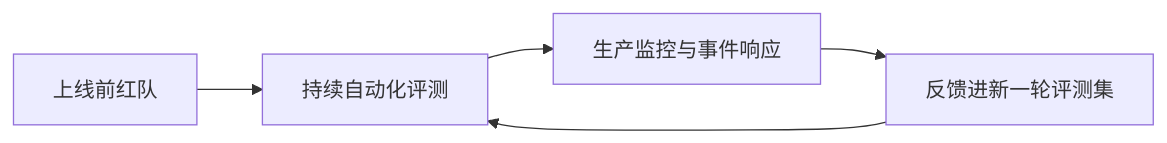
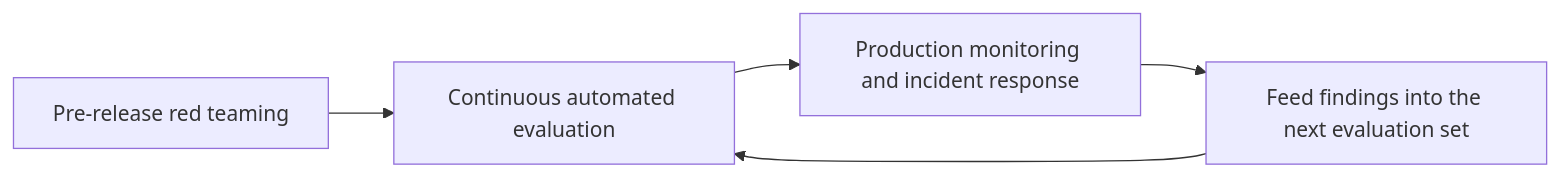
One commit to oneleaveknowsthefall/awesome-ai-roadmap changed the first of 2 diagrams in docs/safety/05-assurance-governance/09-security-evaluation-red-teaming-continuous-assurance.md. Above: the diagram before and after it, drawn with Mermaid. The commit also changed other lines of this file and 82 other files, not shown here.

````diff
--- a/docs/safety/05-assurance-governance/09-security-evaluation-red-teaming-continuous-assurance.md
+++ b/docs/safety/05-assurance-governance/09-security-evaluation-red-teaming-continuous-assurance.md
@@ -11,7 +11,7 @@
 ```mermaid
 flowchart LR
-    A[上线前红队] --> B[持续自动化评测]
-    B --> C[生产监控与事件响应]
-    C --> D[反馈进新一轮评测集]
+    A[Pre-release red teaming] --> B[Continuous automated evaluation]
+    B --> C[Production monitoring and incident response]
+    C --> D[Feed findings into the next evaluation set]
     D --> B
 ```
````
